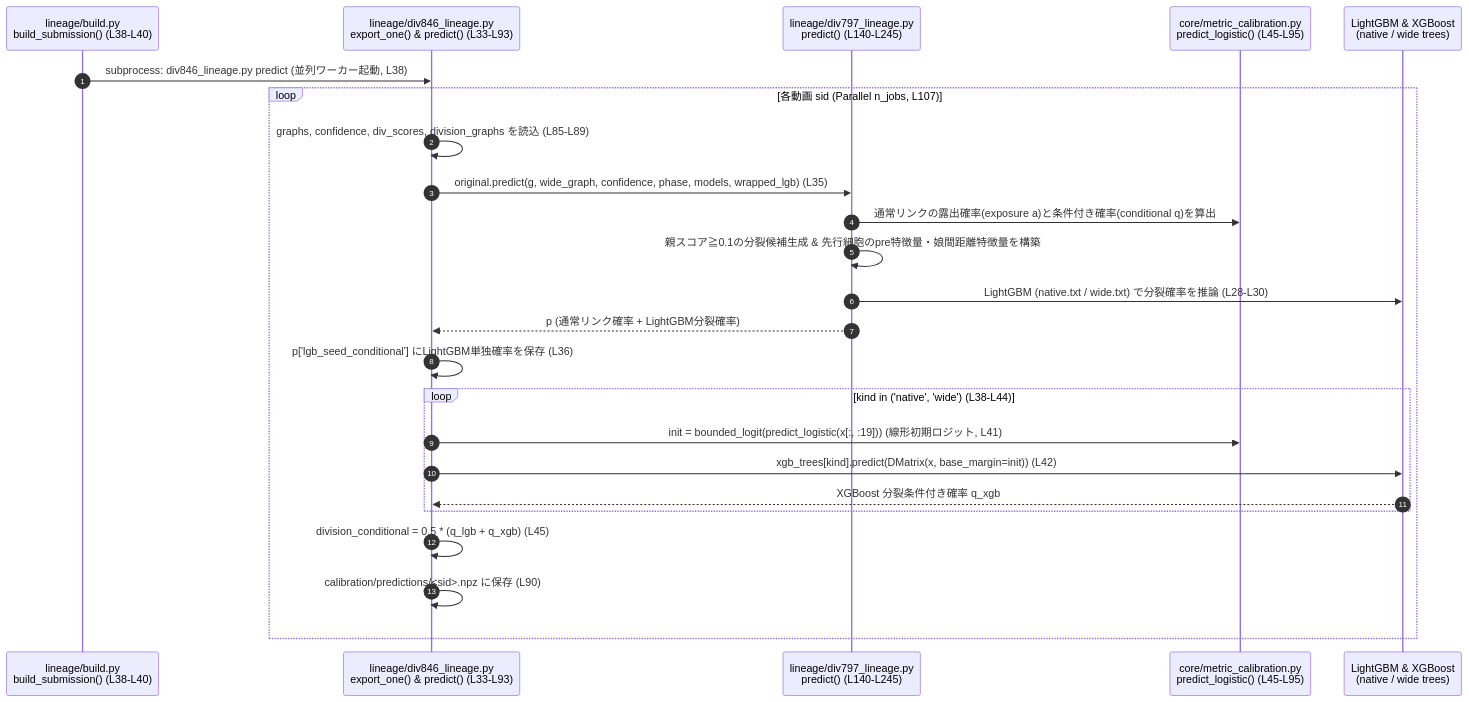
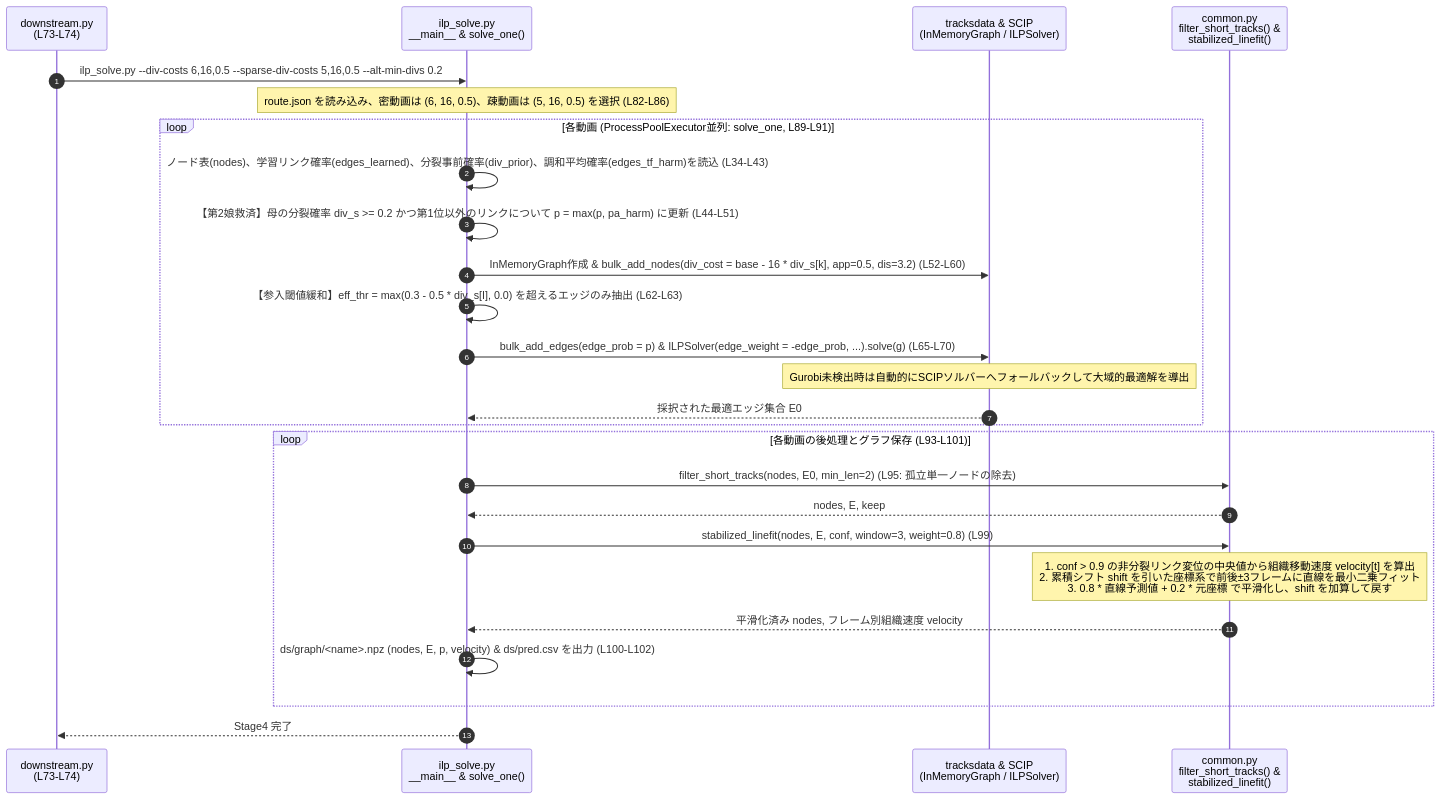
The sixth of 8 diagrams in episode/Summary&Conclusion/4th-place-summary.md (kito2718/kgle_001_BCT_Episode), drawn with Mermaid before and after one commit. The commit also changed other lines of this file and 1 other file, not shown here.

````diff
--- a/episode/Summary&Conclusion/4th-place-summary.md
+++ b/episode/Summary&Conclusion/4th-place-summary.md
@@ -566,27 +535,31 @@
 ```mermaid
 sequenceDiagram
     autonumber
-    participant Build as lineage/build.py<br/>build_submission() (L38-L40)
-    participant D846 as lineage/div846_lineage.py<br/>export_one() & predict() (L33-L93)
-    participant D797 as lineage/div797_lineage.py<br/>predict() (L140-L245)
-    participant Calib as core/metric_calibration.py<br/>predict_logistic() (L45-L95)
-    participant GBDT as LightGBM & XGBoost<br/>(native / wide trees)
+    participant DS as downstream.py<br/>(L73-L74)
+    participant ILP as ilp_solve.py<br/>__main__ & solve_one()
+    participant TD as tracksdata & SCIP<br/>(InMemoryGraph / ILPSolver)
+    participant Com as common.py<br/>filter_short_tracks() &<br/>stabilized_linefit()
 
-    Build->>D846: subprocess: div846_lineage.py predict (並列ワーカー起動, L38)
-    loop 各動画 sid (Parallel n_jobs, L107)
-        D846->>D846: graphs, confidence, div_scores, division_graphs を読込 (L85-L89)
-        D846->>D797: original.predict(g, wide_graph, confidence, phase, models, wrapped_lgb) (L35)
-        D797->>Calib: 通常リンクの露出確率(exposure a)と条件付き確率(conditional q)を算出
-        D797->>D797: 親スコア≧0.1の分裂候補生成 & 先行細胞のpre特徴量・娘間距離特徴量を構築
-        D797->>GBDT: LightGBM (native.txt / wide.txt) で分裂確率を推論 (L28-L30)
-        D797-->>D846: p (通常リンク確率 + LightGBM分裂確率)
-        D846->>D846: p['lgb_seed_conditional'] にLightGBM単独確率を保存 (L36)
-        loop kind in ('native', 'wide') (L38-L44)
-            D846->>Calib: init = bounded_logit(predict_logistic(x[:, :19])) (線形初期ロジット, L41)
-            D846->>GBDT: xgb_trees[kind].predict(DMatrix(x, base_margin=init)) (L42)
-            GBDT-->>D846: XGBoost 分裂条件付き確率 q_xgb
-        end
-        D846->>D846: division_conditional = 0.5 * (q_lgb + q_xgb) (L45)
-        D846->>D846: calibration/predictions/<sid>.npz に保存 (L90)
+    DS->>ILP: ilp_solve.py --div-costs 6,16,0.5 --sparse-div-costs 5,16,0.5 --alt-min-divs 0.2
+    Note over ILP: route.json を読み込み、密動画は (6, 16, 0.5)、疎動画は (5, 16, 0.5) を選択 (L82-L86)
+
+    loop 各動画 (ProcessPoolExecutor並列: solve_one, L89-L91)
+        ILP->>ILP: ノード表(nodes)、学習リンク確率(edges_learned)、分裂事前確率(div_prior)、調和平均確率(edges_tf_harm)を読込 (L34-L43)
+        ILP->>ILP: 【第2娘救済】母の分裂確率 div_s >= 0.2 かつ第1位以外のリンクについて p = max(p, pa_harm) に更新 (L44-L51)
+        ILP->>TD: InMemoryGraph作成 & bulk_add_nodes(div_cost = base - 16 * div_s[k], app=0.5, dis=3.2) (L52-L60)
+        ILP->>ILP: 【参入閾値緩和】eff_thr = max(0.3 - 0.5 * div_s[I], 0.0) を超えるエッジのみ抽出 (L62-L63)
+        ILP->>TD: bulk_add_edges(edge_prob = p) & ILPSolver(edge_weight = -edge_prob, ...).solve(g) (L65-L70)
+        Note over TD: Gurobi未検出時は自動的にSCIPソルバーへフォールバックして大域的最適解を導出
+        TD-->>ILP: 採択された最適エッジ集合 E0
     end
+
+    loop 各動画の後処理とグラフ保存 (L93-L101)
+        ILP->>Com: filter_short_tracks(nodes, E0, min_len=2) (L95: 孤立単一ノードの除去)
+        Com-->>ILP: nodes, E, keep
+        ILP->>Com: stabilized_linefit(nodes, E, conf, window=3, weight=0.8) (L99)
+        Note over Com: 1. conf > 0.9 の非分裂リンク変位の中央値から組織移動速度 velocity[t] を算出<br/>2. 累積シフト shift を引いた座標系で前後±3フレームに直線を最小二乗フィット<br/>3. 0.8 * 直線予測値 + 0.2 * 元座標 で平滑化し、shift を加算して戻す
+        Com-->>ILP: 平滑化済み nodes, フレーム別組織速度 velocity
+        ILP->>ILP: ds/graph/<name>.npz (nodes, E, p, velocity) & ds/pred.csv を出力 (L100-L102)
+    end
+    ILP-->>DS: Stage4 完了
 ```
````
